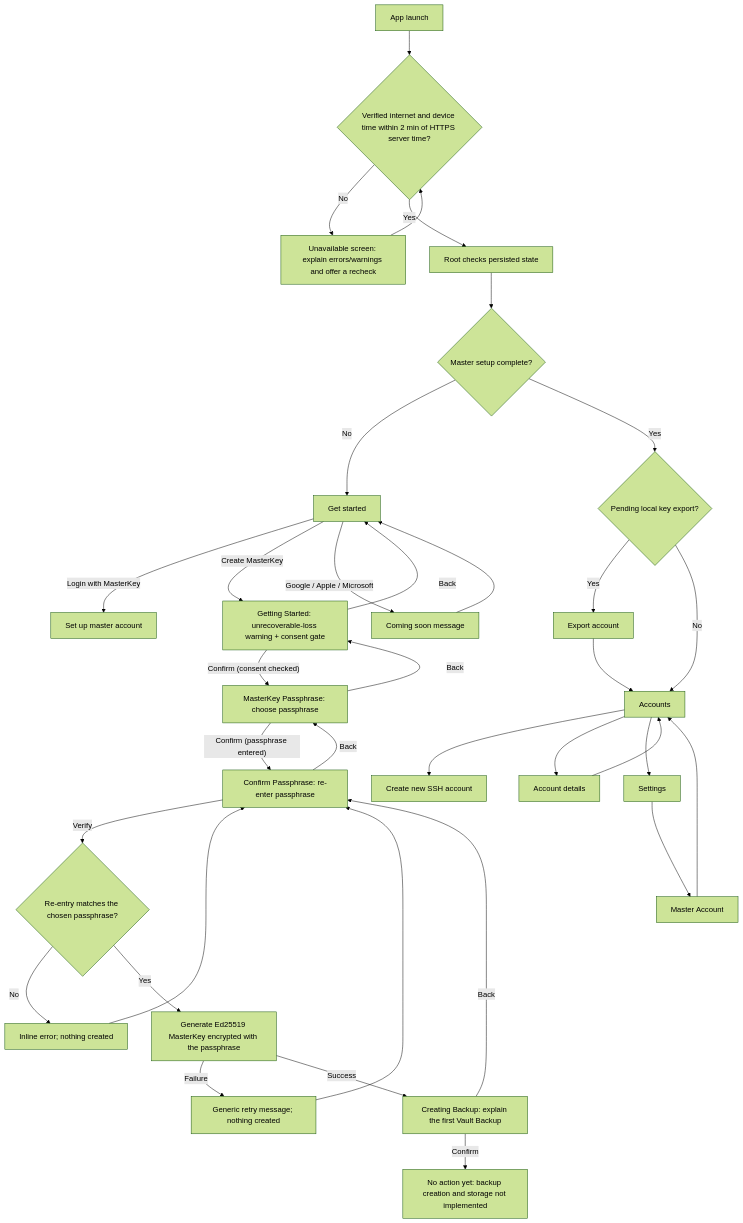
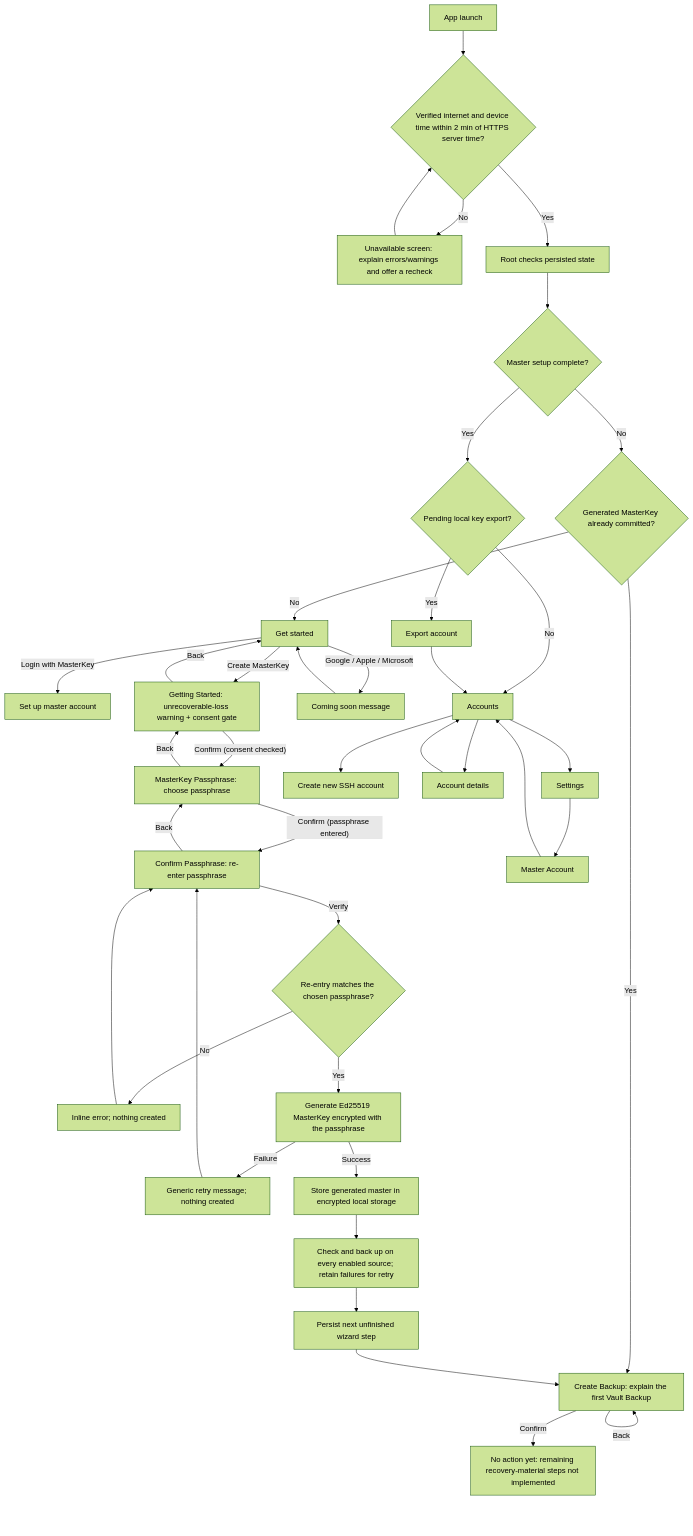
One commit to ZenTenApp/vault-kotlin changed the first of 6 diagrams in docs/stakeholder/flowcharts.md. Above: the diagram before and after it, drawn with Mermaid (forest theme). The commit also changed other lines of this file and 14 other files, not shown here.

Commit message:
feat(onboarding): persist and resume master key creation progress

````diff
--- a/docs/stakeholder/flowcharts.md
+++ b/docs/stakeholder/flowcharts.md
@@ -7,37 +7,42 @@
 ```mermaid
 flowchart TD
     Launch["App launch"] --> Prerequisites{"Verified internet and device time within 2 min of HTTPS server time?"}
     Prerequisites -->|No| Blocked["Unavailable screen: explain errors/warnings and offer a recheck"]
     Blocked --> Prerequisites
     Prerequisites -->|Yes| Root["Root checks persisted state"]
     Root --> Setup{"Master setup complete?"}
-    Setup -->|No| Welcome["Get started"]
+    Setup -->|No| GeneratedProgress{"Generated MasterKey already committed?"}
+    GeneratedProgress -->|No| Welcome["Get started"]
+    GeneratedProgress -->|Yes| CreateBackupIntro
     Welcome -->|"Login with MasterKey"| MasterSetup["Set up master account"]
     Welcome -->|"Create MasterKey"| CreateIntro["Getting Started: unrecoverable-loss warning + consent gate"]
     CreateIntro -->|"Back"| Welcome
     CreateIntro -->|"Confirm (consent checked)"| CreatePassphrase["MasterKey Passphrase: choose passphrase"]
     CreatePassphrase -->|"Back"| CreateIntro
     CreatePassphrase -->|"Confirm (passphrase entered)"| CreateConfirm["Confirm Passphrase: re-enter passphrase"]
     CreateConfirm -->|"Back"| CreatePassphrase
     CreateConfirm -->|"Verify"| CreateMatch{"Re-entry matches the chosen passphrase?"}
     CreateMatch -->|No| CreateMismatch["Inline error; nothing created"]
     CreateMismatch --> CreateConfirm
     CreateMatch -->|Yes| CreateGenerate["Generate Ed25519 MasterKey encrypted with the passphrase"]
     CreateGenerate -->|Failure| CreateGenerateFailed["Generic retry message; nothing created"]
     CreateGenerateFailed --> CreateConfirm
-    CreateGenerate -->|Success| CreateBackupIntro["Creating Backup: explain the first Vault Backup"]
-    CreateBackupIntro -->|"Back"| CreateConfirm
-    CreateBackupIntro -->|"Confirm"| CreateNotImplemented["No action yet: backup creation and storage not implemented"]
+    CreateGenerate -->|Success| CreateStore["Store generated master in encrypted local storage"]
+    CreateStore --> CreateRemote["Check and back up on every enabled source; retain failures for retry"]
+    CreateRemote --> CreateProgress["Persist next unfinished wizard step"]
+    CreateProgress --> CreateBackupIntro["Create Backup: explain the first Vault Backup"]
+    CreateBackupIntro -->|"Back"| CreateBackupIntro
+    CreateBackupIntro -->|"Confirm"| CreateNotImplemented["No action yet: remaining recovery-material steps not implemented"]
     Welcome -->|"Google / Apple / Microsoft"| ComingSoon["Coming soon message"]
     ComingSoon --> Welcome
     Setup -->|Yes| PendingExport{"Pending local key export?"}
     PendingExport -->|Yes| Export["Export account"]
     PendingExport -->|No| Accounts["Accounts"]
     Export --> Accounts
     Accounts --> Create["Create new SSH account"]
     Accounts --> Detail["Account details"]
     Accounts --> Settings["Settings"]
     Settings --> Master["Master Account"]
     Detail --> Accounts
     Master --> Accounts
 ```
````
